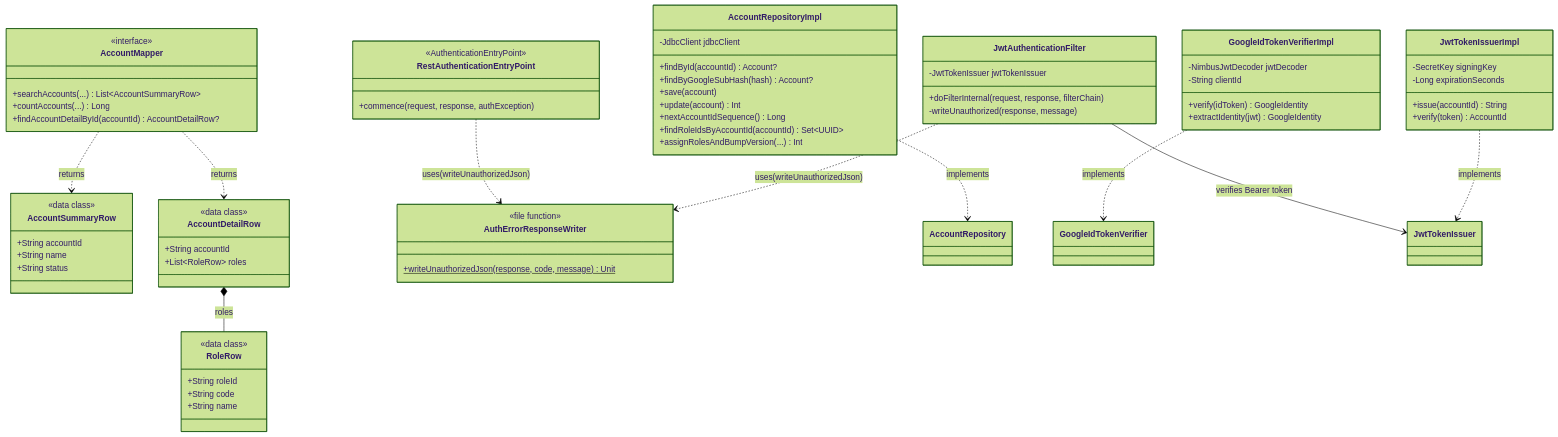
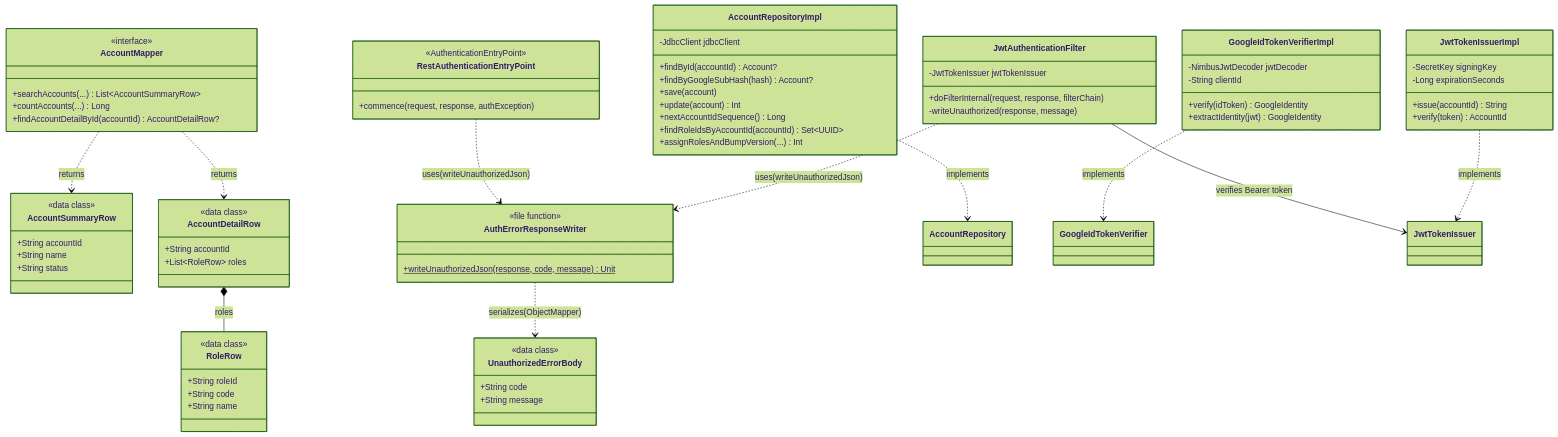
The diagram in src/main/kotlin/com/kakehashi/infrastructure/account/README.md (OkochiDesu/kakehashi-api), drawn with Mermaid (forest theme) before and after one commit. The commit also changed other lines of this file and 8 other files, not shown here.

````diff
--- a/src/main/kotlin/com/kakehashi/infrastructure/account/README.md
+++ b/src/main/kotlin/com/kakehashi/infrastructure/account/README.md
@@ -75,6 +75,11 @@
         <<file function>>
         +writeUnauthorizedJson(response, code, message)$ Unit
     }
+    class UnauthorizedErrorBody {
+        <<data class>>
+        +String code
+        +String message
+    }
 
     AccountRepositoryImpl ..> AccountRepository : implements
     GoogleIdTokenVerifierImpl ..> GoogleIdTokenVerifier : implements
@@ -85,4 +90,5 @@
     JwtAuthenticationFilter --> JwtTokenIssuer : verifies Bearer token
     JwtAuthenticationFilter ..> AuthErrorResponseWriter : uses(writeUnauthorizedJson)
     RestAuthenticationEntryPoint ..> AuthErrorResponseWriter : uses(writeUnauthorizedJson)
+    AuthErrorResponseWriter ..> UnauthorizedErrorBody : serializes(ObjectMapper)
 ```
````
